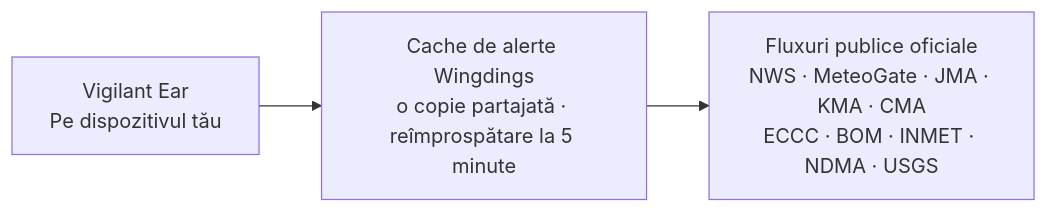
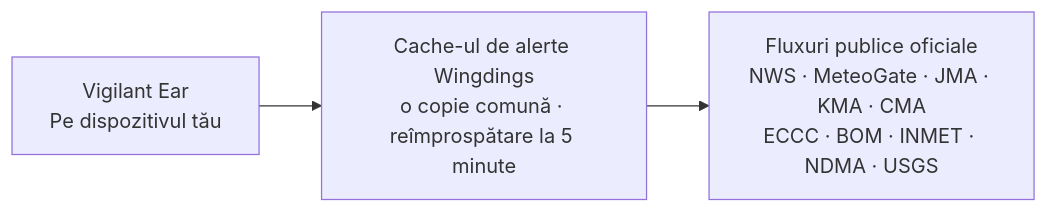
Before and after one commit to rpalm01-star/VigilantEarLegal: the fourth of 4 diagrams in README_ro.md, drawn with Mermaid. The commit also changed other lines of this file and 29 other files, not shown here.

````diff
--- a/README_ro.md
+++ b/README_ro.md
@@ -169,5 +171,5 @@
 ```mermaid
 graph LR
-    P1["Vigilant Ear<br/>Pe dispozitivul tău"] --> W["Cache de alerte Wingdings<br/>o copie partajată · reîmprospătare la 5 minute"]
+    P1["Vigilant Ear<br/>Pe dispozitivul tău"] --> W["Cache-ul de alerte Wingdings<br/>o copie comună · reîmprospătare la 5 minute"]
     W --> N["Fluxuri publice oficiale<br/>NWS · MeteoGate · JMA · KMA · CMA<br/>ECCC · BOM · INMET · NDMA · USGS"]
 ```
````
